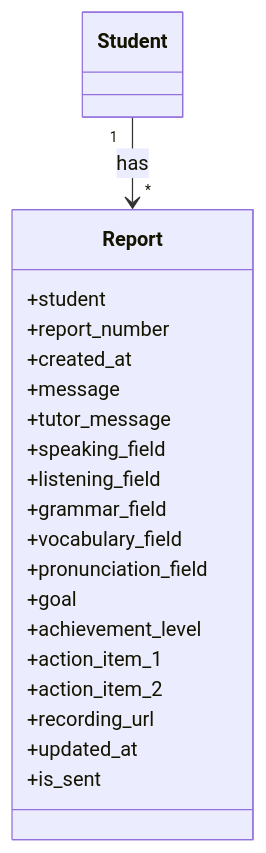
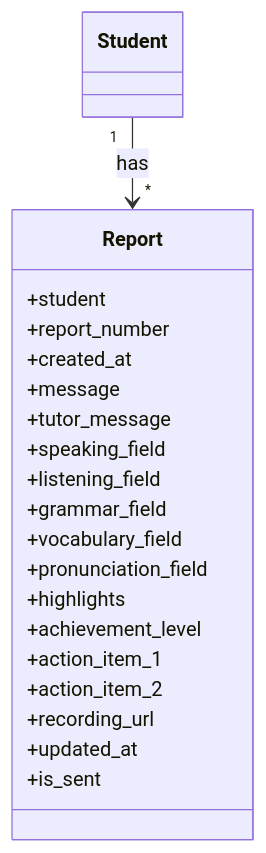
One commit to Saaka-y/korup changed the diagram in docs/trajectory/class.md. Above: the diagram before and after it, drawn with Mermaid. The commit also changed other lines of this file and 11 other files, not shown here.

````diff
--- a/docs/trajectory/class.md
+++ b/docs/trajectory/class.md
@@ -30,24 +30,24 @@
 ```mermaid
 classDiagram
     class Student
     class Report {
         +student
         +report_number
         +created_at
         +message
         +tutor_message
         +speaking_field
         +listening_field
         +grammar_field
         +vocabulary_field
         +pronunciation_field
-        +goal
+        +highlights
         +achievement_level
         +action_item_1
         +action_item_2
         +recording_url
         +updated_at
         +is_sent
     }
     Student "1" --> "*" Report : has
 ```
````
